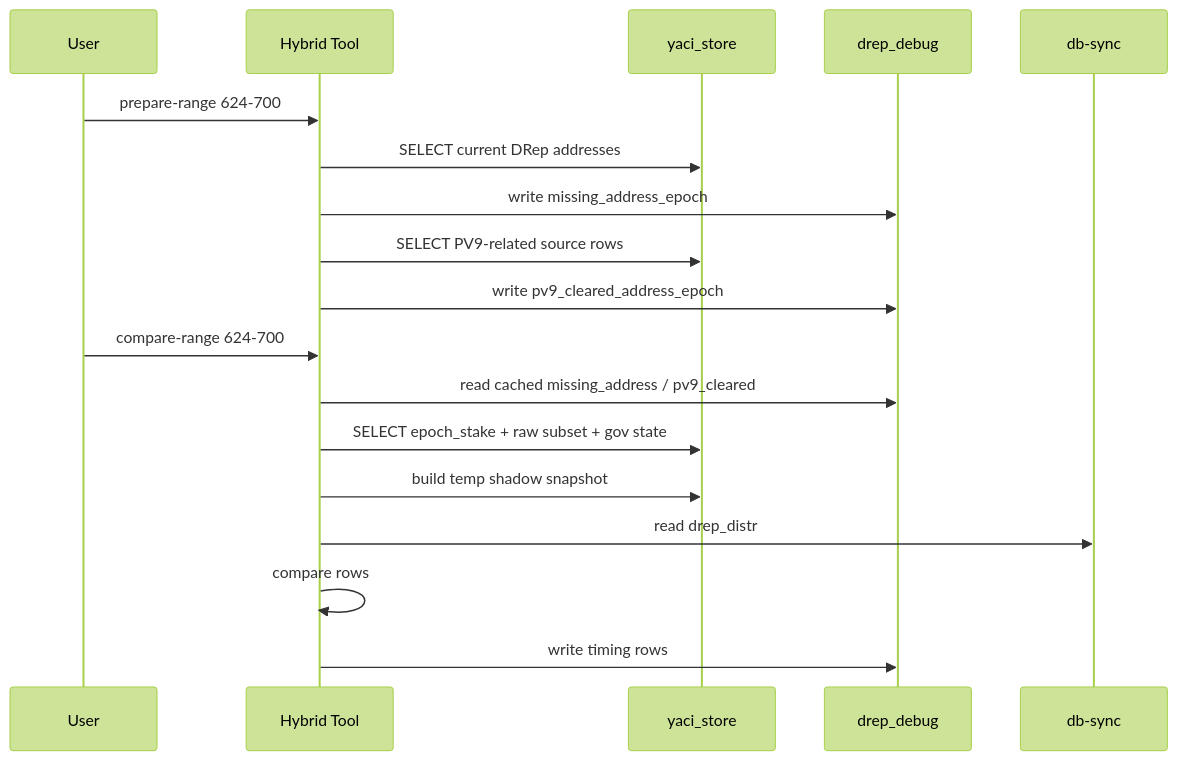
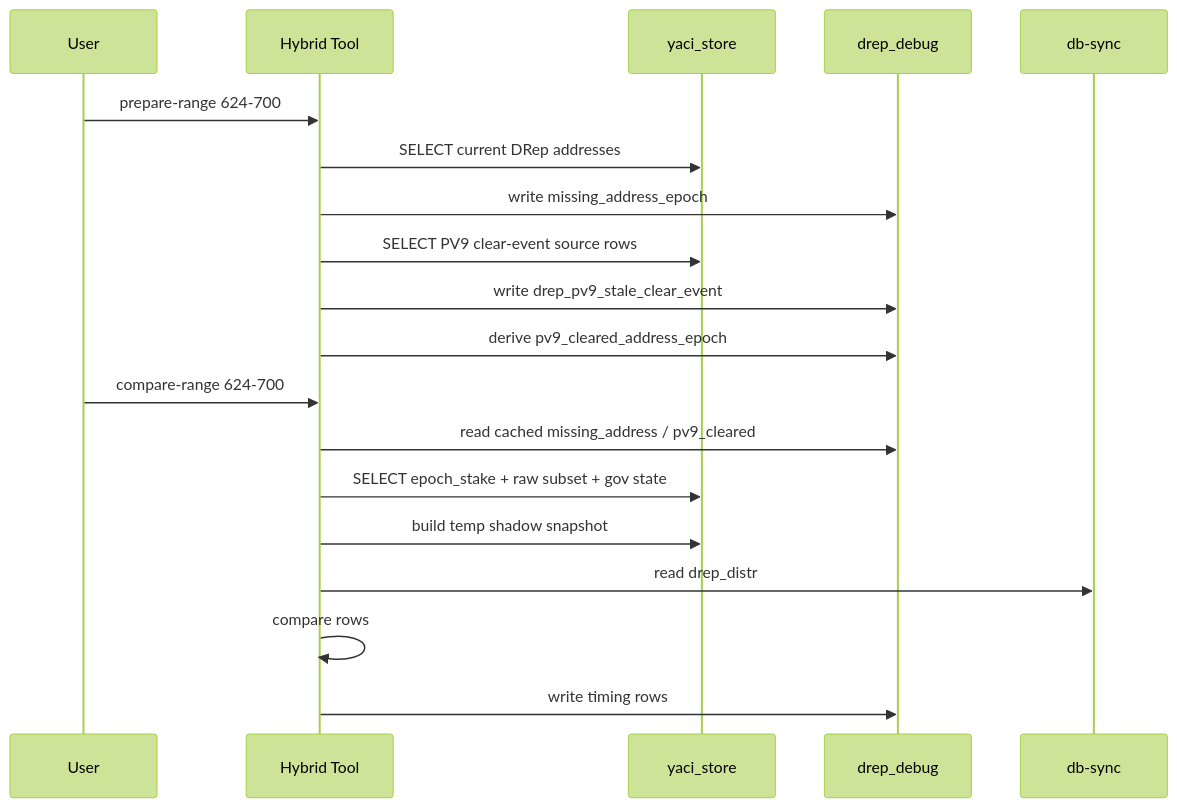
The second of 2 diagrams in e2e-tests/tools/README.md (bloxbean/yaci-store), drawn with Mermaid (forest theme) before and after one commit. The commit also changed other lines of this file and 2 other files, not shown here.

Commit message:
Update DRep compare tool for PV9 clear event cache

````diff
--- a/e2e-tests/tools/README.md
+++ b/e2e-tests/tools/README.md
@@ -307,22 +312,23 @@
 ```mermaid
 sequenceDiagram
     participant U as User
     participant T as Hybrid Tool
     participant S as yaci_store
     participant D as drep_debug
     participant B as db-sync
 
     U->>T: prepare-range 624-700
     T->>S: SELECT current DRep addresses
     T->>D: write missing_address_epoch
-    T->>S: SELECT PV9-related source rows
-    T->>D: write pv9_cleared_address_epoch
+    T->>S: SELECT PV9 clear-event source rows
+    T->>D: write drep_pv9_stale_clear_event
+    T->>D: derive pv9_cleared_address_epoch
 
     U->>T: compare-range 624-700
     T->>D: read cached missing_address / pv9_cleared
     T->>S: SELECT epoch_stake + raw subset + gov state
     T->>S: build temp shadow snapshot
     T->>B: read drep_distr
     T->>T: compare rows
     T->>D: write timing rows
 ```
````
